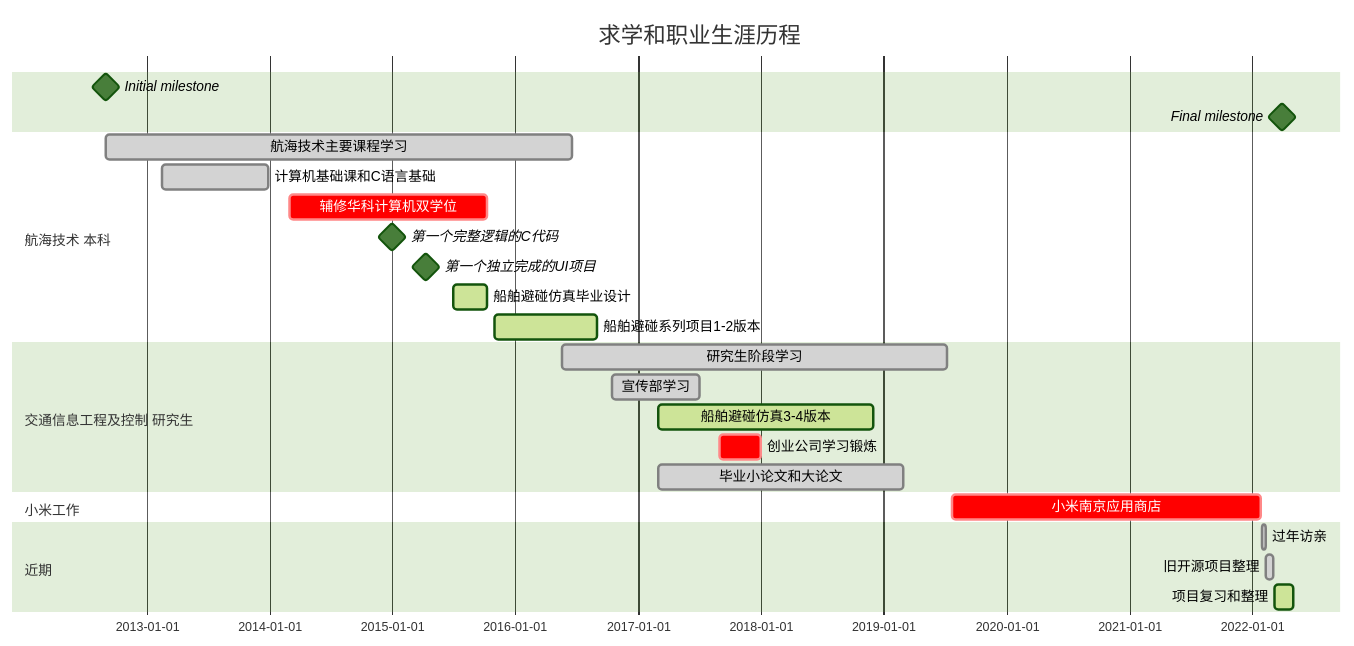
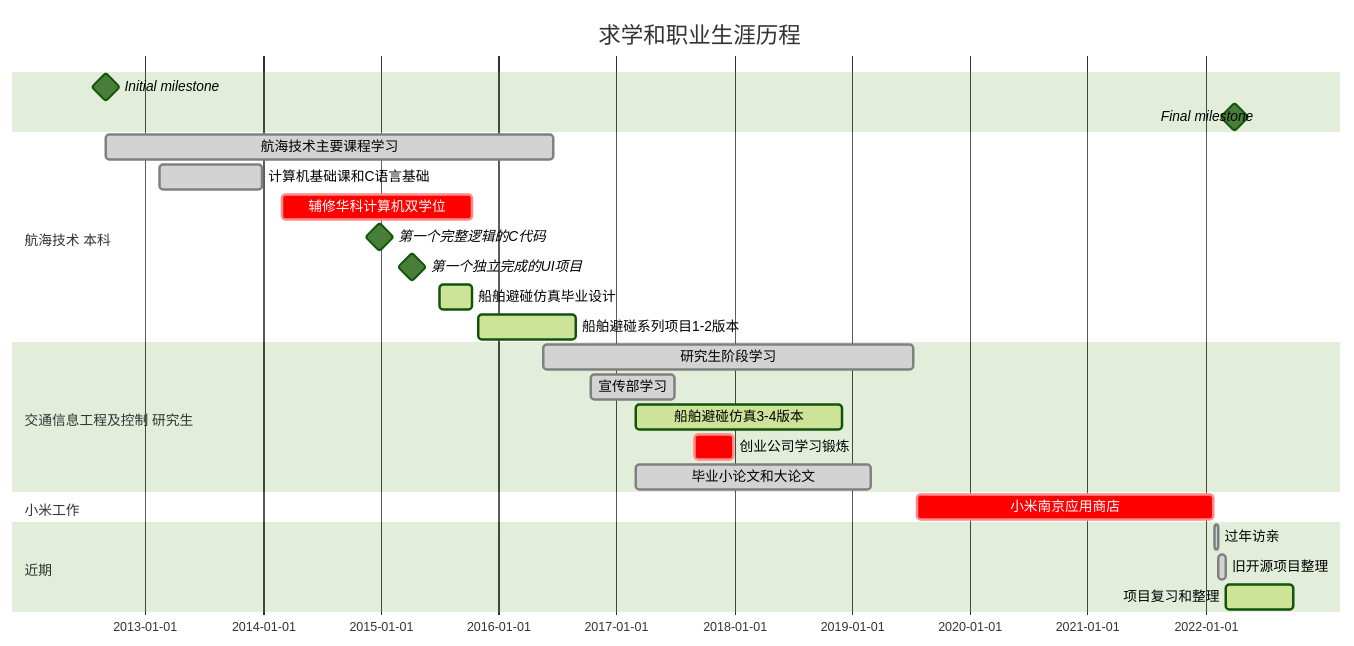
One commit to NAVERON/NAVERON changed the diagram in ResumeForSoftwareEngineer.md. Above: the diagram before and after it, drawn with Mermaid (forest theme). The commit also changed other lines of this file and 2 other files, not shown here.

````diff
--- a/ResumeForSoftwareEngineer.md
+++ b/ResumeForSoftwareEngineer.md
@@ -12,34 +12,34 @@
 ```mermaid
 gantt
     dateFormat    YYYY-MM-DD
     axisFormat    %Y-%m-%d
     title    求学和职业生涯历程
     %% 里程碑 name : type, 
     Initial milestone : milestone, initial, 2012-09-01, 1min
     Final milestone : milestone, final, 2022-04-01, 1min
 
     section 航海技术 本科
     %% task显示名称 :当前状态 任务名称/taskId 开始时间/任务位置 结束时间/任务位置 
     航海技术主要课程学习 :done, major, 2012-09-01, 2016-06-20 
     计算机基础课和C语言基础 :done, basic, 2013-02-15, 2013-12-30 
     辅修华科计算机双学位 :crit, minor, 2014-03-01, 2015-10-10 
     第一个完整逻辑的C代码 :milestone, firstCmd, 2014-12-30, 1min 
     第一个独立完成的UI项目 :milestone, firstProject, 2015-04-10, 1min 
     船舶避碰仿真毕业设计 :active, codeBegin, 2015-07-01, 2015-10-10 
     船舶避碰系列项目1-2版本 :active, 2015-11-01, 2016-08-30 
     
     section 交通信息工程及控制 研究生
     研究生阶段学习 :done, searchBegin, 2016-05-20, 2019-07-10 
     宣传部学习 :done, psLearning, 2016-10-15, 2017-07-01 
     船舶避碰仿真3-4版本 :active, simulationUpdate, 2017-03-01, 2018-12-01 
     创业公司学习锻炼 :crit, exercitation, 2017-09-01, 2017-12-30 
     毕业小论文和大论文 :done, granduated, 2017-03-01, 2019-03-01 
 
     section 小米工作
     小米南京应用商店 :crit, firstWork, 2019-07-22, 2022-01-27 
 
     section 近期
     过年访亲 :done, home, 2022-01-29, 2022-02-10 
     旧开源项目整理 :done, openSource, 2022-02-10, 2022-03-06 
-    项目复习和整理 :active, forJob, 2022-03-07, 2022-05-03 
+    项目复习和整理 :active, forJob, 2022-03-07, 2022-10-01 
 ```
````
